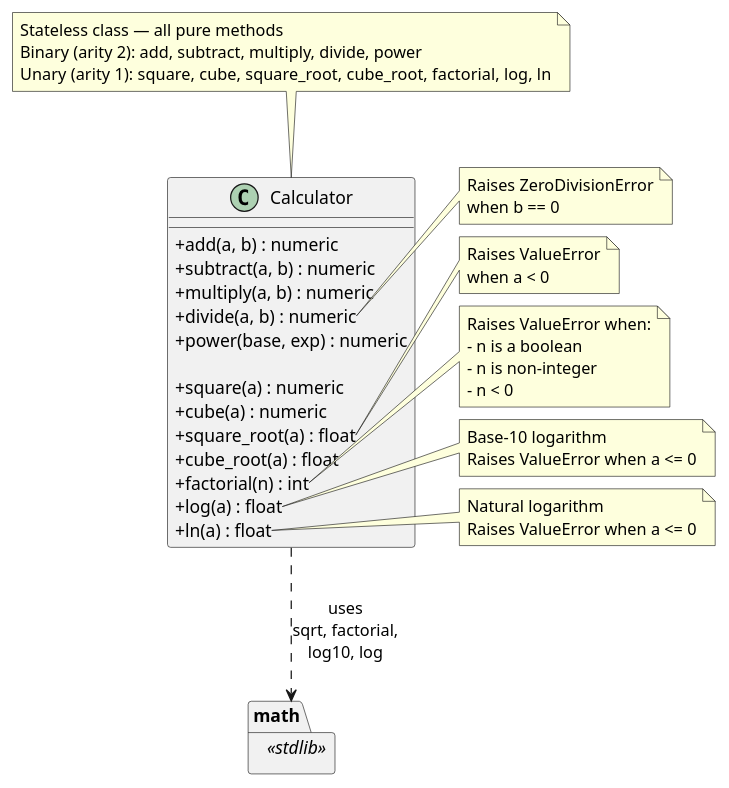
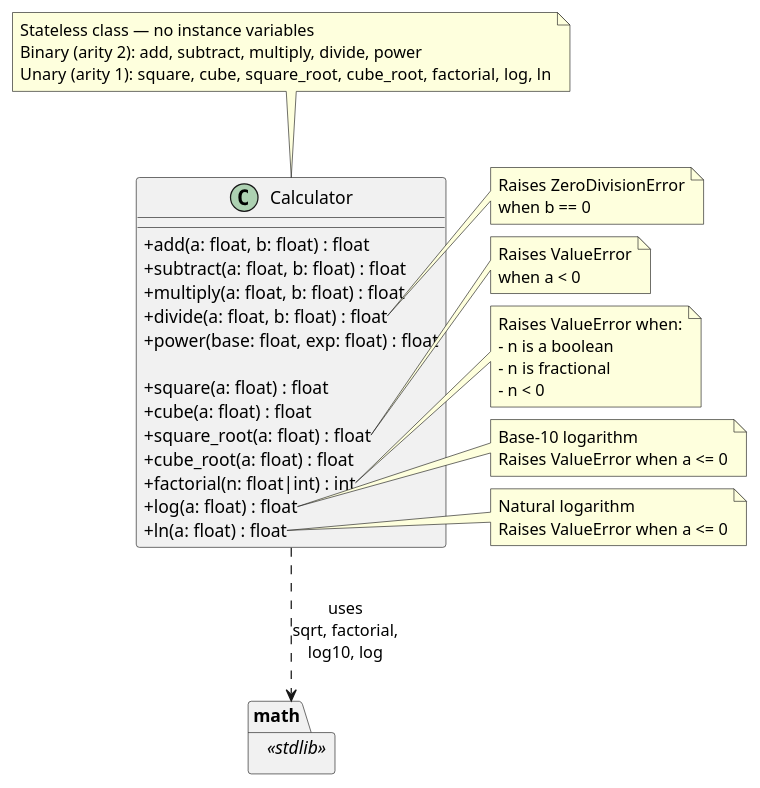
The diagram in artifacts/class_diagram_calculator.puml (DanielRiha8906/Calculator_bachelor_autoevolution_team), drawn with PlantUML before and after one commit. The commit also changed 3 other files, not shown here.

Commit message:
update diagrams for PR #432 add CLI user input

```diff
--- a/artifacts/class_diagram_calculator.puml
+++ b/artifacts/class_diagram_calculator.puml
@@ -1,61 +1,61 @@
 @startuml class_diagram_calculator
 
 skinparam classAttributeIconSize 0
 
 class Calculator {
     ' Binary Operations (arity 2)
-    + add(a, b) : numeric
-    + subtract(a, b) : numeric
-    + multiply(a, b) : numeric
-    + divide(a, b) : numeric
-    + power(base, exp) : numeric
+    + add(a: float, b: float) : float
+    + subtract(a: float, b: float) : float
+    + multiply(a: float, b: float) : float
+    + divide(a: float, b: float) : float
+    + power(base: float, exp: float) : float
 
     ' Unary Operations (arity 1)
-    + square(a) : numeric
-    + cube(a) : numeric
-    + square_root(a) : float
-    + cube_root(a) : float
-    + factorial(n) : int
-    + log(a) : float
-    + ln(a) : float
+    + square(a: float) : float
+    + cube(a: float) : float
+    + square_root(a: float) : float
+    + cube_root(a: float) : float
+    + factorial(n: float|int) : int
+    + log(a: float) : float
+    + ln(a: float) : float
 }
 
 note top of Calculator
-  Stateless class — all pure methods
+  Stateless class — no instance variables
   Binary (arity 2): add, subtract, multiply, divide, power
   Unary  (arity 1): square, cube, square_root, cube_root, factorial, log, ln
 end note
 
 note right of Calculator::divide
   Raises ZeroDivisionError
   when b == 0
 end note
 
 note right of Calculator::square_root
   Raises ValueError
   when a < 0
 end note
 
 note right of Calculator::factorial
   Raises ValueError when:
   - n is a boolean
-  - n is non-integer
+  - n is fractional
   - n < 0
 end note
 
 note right of Calculator::log
   Base-10 logarithm
   Raises ValueError when a <= 0
 end note
 
 note right of Calculator::ln
   Natural logarithm
   Raises ValueError when a <= 0
 end note
 
 package "math" <<stdlib>> {
 }
 
 Calculator ..> math : uses\nsqrt, factorial,\nlog10, log
 
 @enduml
```
